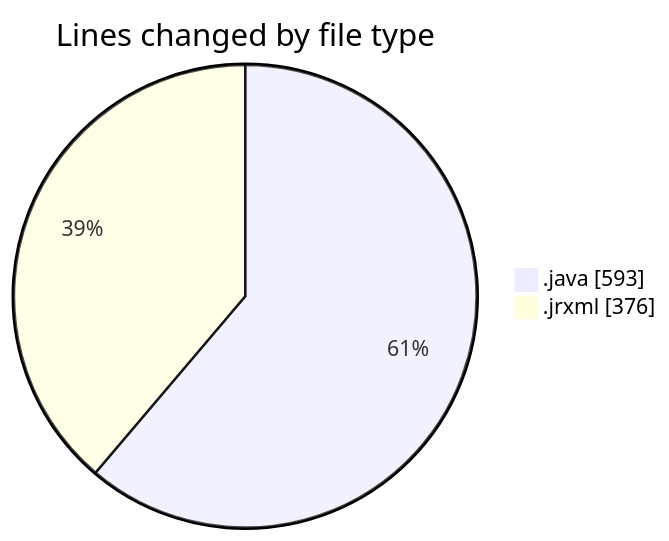
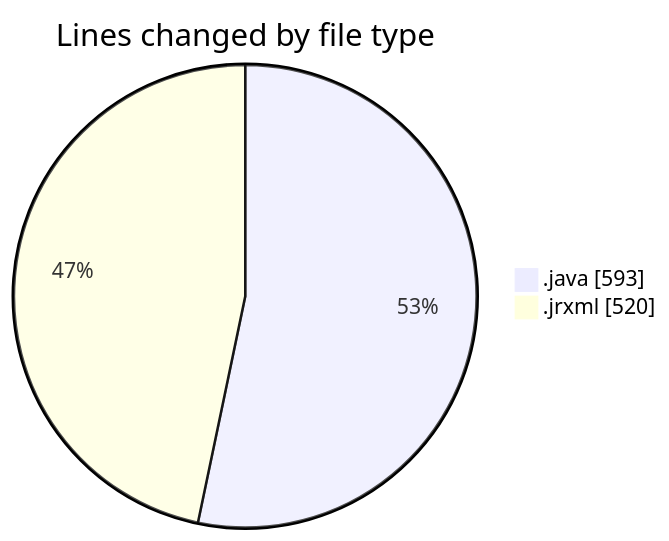
Before and after one commit to ricardozamudiocil/code-tracking: the first of 2 diagrams in 2026-08-27/cilreports__workspace_/README.md, drawn with Mermaid. The commit also changed other lines of this file and 1 other file, not shown here.

````diff
--- a/2026-08-27/cilreports__workspace_/README.md
+++ b/2026-08-27/cilreports__workspace_/README.md
@@ -23,6 +23,6 @@
 ```mermaid
 pie showData
 title Lines changed by file type
 ".java" : 593
-".jrxml" : 376
+".jrxml" : 520
 ```
````
